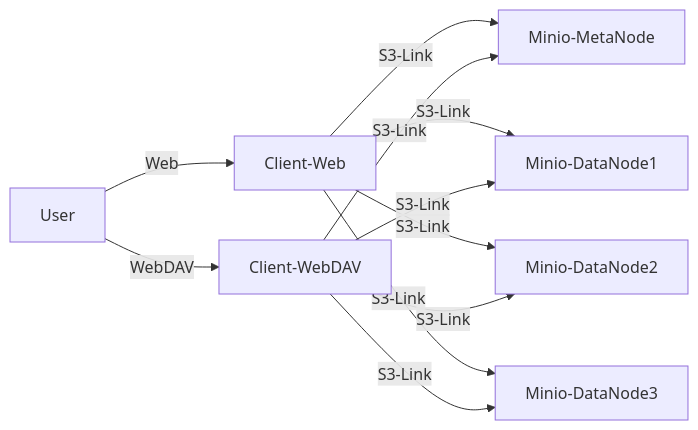
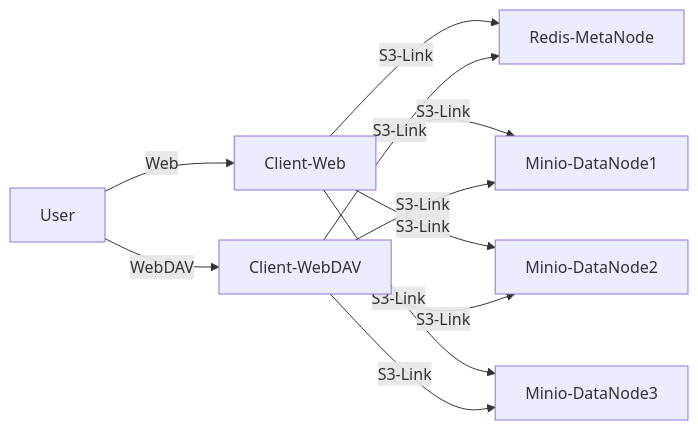
Before and after one commit to Distributed-Network-Disk/Introduction: the first of 2 diagrams in README.md, drawn with Mermaid. The commit also changed other lines of this file, not shown here.

Commit message:
Add some fields into meta node protocol

````diff
--- a/README.md
+++ b/README.md
@@ -7,13 +7,13 @@
 ```mermaid
 graph LR;
-Client-Web[Client-Web]--S3-Link-->Minio-MetaNode[Minio-MetaNode]
-Client-WebDAV[Client-WebDAV]--S3-Link-->Minio-MetaNode[Minio-MetaNode]
+Client-Web[Client-Web]--S3-Link-->Redis-MetaNode[Redis-MetaNode]
+Client-WebDAV[Client-WebDAV]--S3-Link-->Redis-MetaNode[Redis-MetaNode]
 Client-Web[Client-Web]--S3-Link-->Minio-DataNode1[Minio-DataNode1]
 Client-Web[Client-Web]--S3-Link-->Minio-DataNode2[Minio-DataNode2]
 Client-Web[Client-Web]--S3-Link-->Minio-DataNode3[Minio-DataNode3]
 Client-WebDAV[Client-WebDAV]--S3-Link-->Minio-DataNode1[Minio-DataNode1]
 Client-WebDAV[Client-WebDAV]--S3-Link-->Minio-DataNode2[Minio-DataNode2]
 Client-WebDAV[Client-WebDAV]--S3-Link-->Minio-DataNode3[Minio-DataNode3]
 User[User]--WebDAV-->Client-WebDAV[Client-WebDAV]
 User[User]--Web-->Client-Web[Client-Web]
 ```
````
